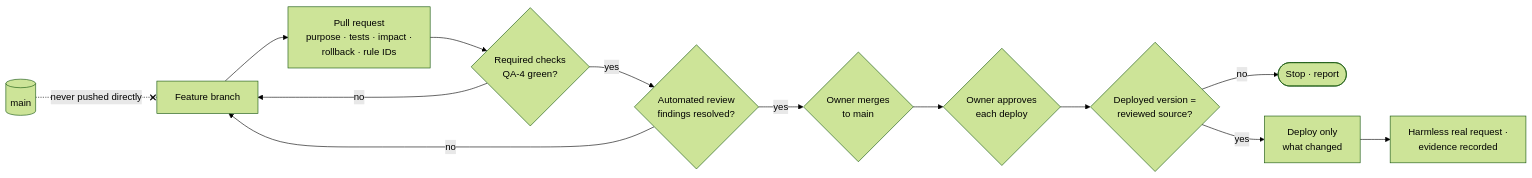
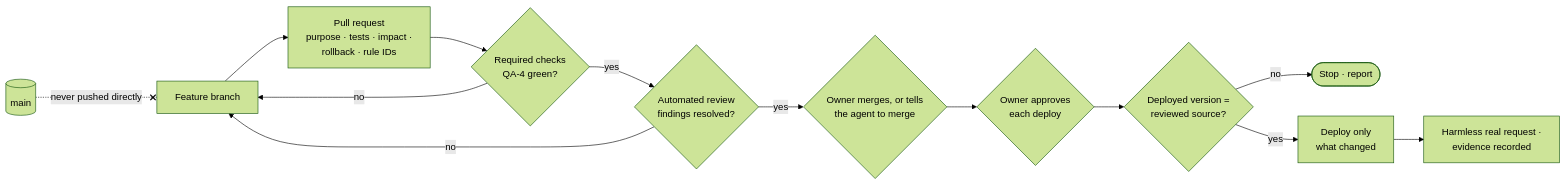
One commit to singhdhruv525-source/Zella-AI changed diagram 15 of 15 in ZELLA_VOICE_RULES.md. Above: the diagram before and after it, drawn with Mermaid (forest theme). The commit also changed other lines of this file and 3 other files, not shown here.

First line of the commit message:
Record the owner's merge permission in NN-5, REL-4 and REL-6

````diff
--- a/ZELLA_VOICE_RULES.md
+++ b/ZELLA_VOICE_RULES.md
@@ -704,15 +706,15 @@
 ```mermaid
 flowchart LR
   br[Feature branch] --> pr[Pull request<br/>purpose · tests · impact ·<br/>rollback · rule IDs]
   pr --> ci{Required checks<br/>QA-4 green?}
   ci -- no --> br
   ci -- yes --> rv{Automated review<br/>findings resolved?}
   rv -- no --> br
-  rv -- yes --> mg{Owner merges<br/>to main}
+  rv -- yes --> mg{Owner merges, or tells<br/>the agent to merge}
   mg --> dep{Owner approves<br/>each deploy}
   dep --> same{Deployed version =<br/>reviewed source?}
   same -- no --> stop([Stop · report])
   same -- yes --> ship[Deploy only<br/>what changed]
   ship --> ver[Harmless real request ·<br/>evidence recorded]
   main[(main)] -. never pushed directly .-x br
 ```
````
